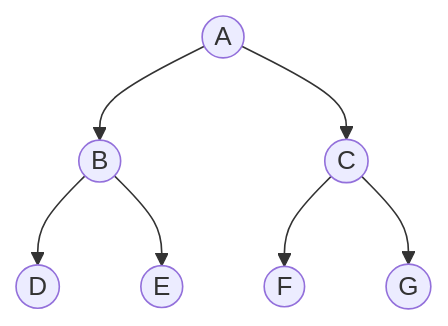
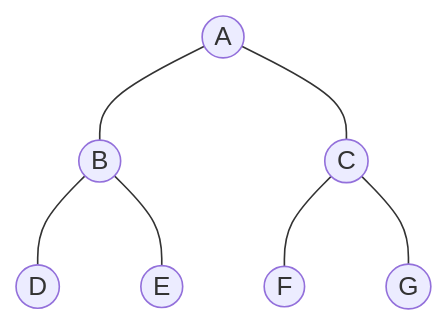
Before and after one commit to mujin-lin/mujin-blog: the first of 26 diagrams in docs/10.软考/10.软件设计师/10.数据结构与算法/15.树.md, drawn with Mermaid. The commit also changed other lines of this file and 2 other files, not shown here.

Commit message:
整理树的文章，增加图的文章内容

````diff
--- a/docs/10.软考/10.软件设计师/10.数据结构与算法/15.树.md
+++ b/docs/10.软考/10.软件设计师/10.数据结构与算法/15.树.md
@@ -106,9 +106,9 @@
 ```mermaid
 graph TD
-    A((A)) --> B((B))
-    A((A)) --> C((C))
-    B((B)) --> D((D))
-    B((B)) --> E((E))
-    C((C)) --> F((F))
-    C((C)) --> G((G))
+    A((A)) --- B((B))
+    A((A)) --- C((C))
+    B((B)) --- D((D))
+    B((B)) --- E((E))
+    C((C)) --- F((F))
+    C((C)) --- G((G))
 ```
````
